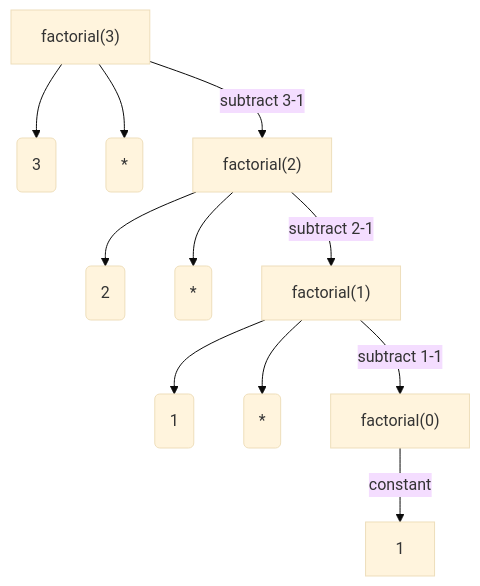
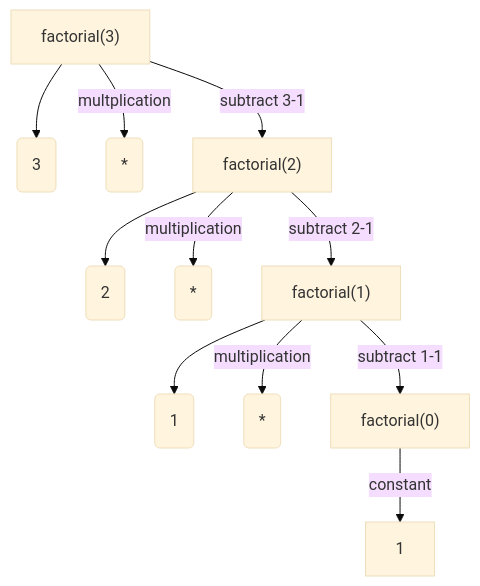
Before and after one commit to yakazimir/kyler-website: the first of 2 diagrams in content/post/understanding_lisp.md, drawn with Mermaid (base theme). The commit also changed other lines of this file, not shown here.

````diff
--- a/content/post/understanding_lisp.md
+++ b/content/post/understanding_lisp.md
@@ -175,16 +175,16 @@
 ```mermaid
 
 graph TD
 A["mult(3,4)"] --> B(3)
-A["factorial(3)"] --> G(*)
+A["factorial(3)"] --> |multplication| G(*)
 A["factorial(3)"] --> |subtract 3-1| H[factorial 3]
 H["factorial(2)"] --> I(2)
-H["factorial(2)"] --> J(*)
+H["factorial(2)"] --> |multiplication| J(*)
 H["factorial(2)"] --> |subtract 2-1| K[factorial 1]
 K["factorial(1)"] --> l(1)
-K["factorial(1)"] --> m(*)
+K["factorial(1)"] --> |multiplication| m(*)
 K["factorial(1)"] --> |subtract 1-1| n[factorial 0]
 n["factorial(0)"] --> |constant| 1
 
 
 ```
````
